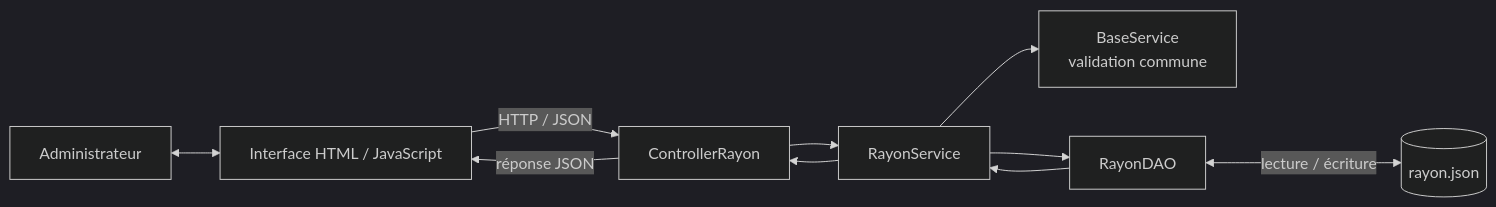
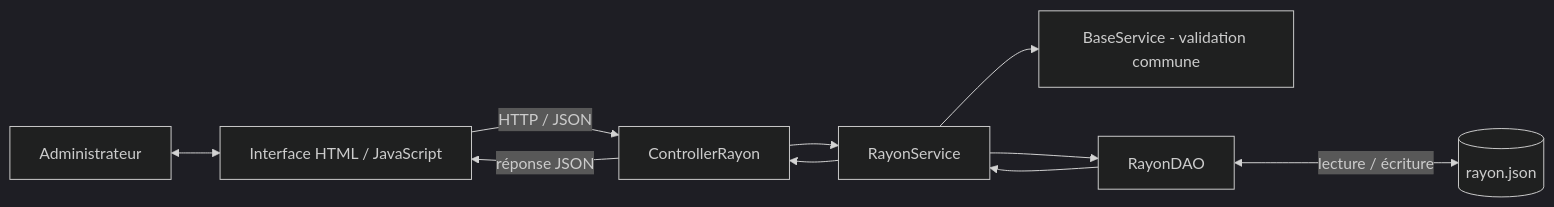
The fourth of 5 diagrams in session-4/rapport/rapport-final.md (elfaquihiayoub/mobile-projet-fil-rouge), drawn with Mermaid (dark theme) before and after one commit. The commit also changed other lines of this file and 1 other file, not shown here.

````diff
--- a/session-4/rapport/rapport-final.md
+++ b/session-4/rapport/rapport-final.md
@@ -316,12 +314,12 @@
 ```mermaid
 flowchart LR
     U[Administrateur] <--> UI[Interface HTML / JavaScript]
     UI -->|HTTP / JSON| C[ControllerRayon]
     C --> S[RayonService]
-    S --> B[BaseService<br/>validation commune]
+    S --> B[BaseService - validation commune]
     S --> D[RayonDAO]
     D <-->|lecture / écriture| J[(rayon.json)]
     D --> S
     S --> C
     C -->|réponse JSON| UI
 ```
````
